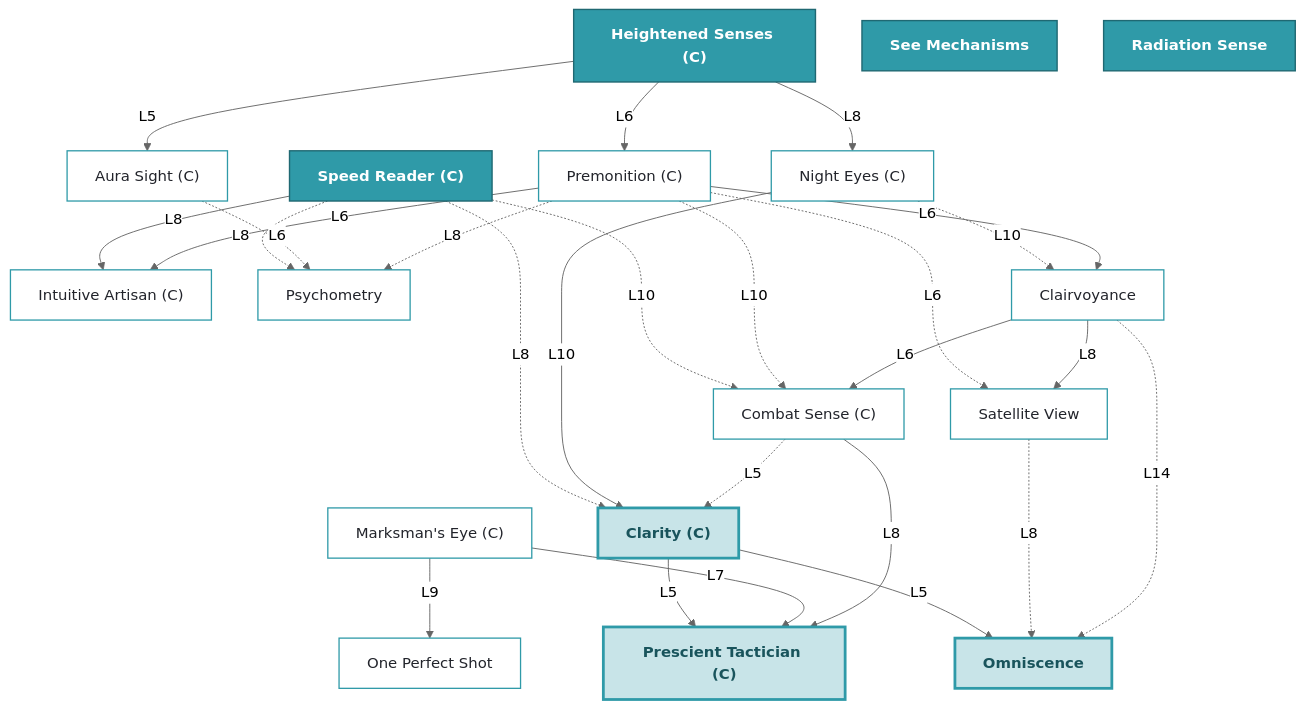
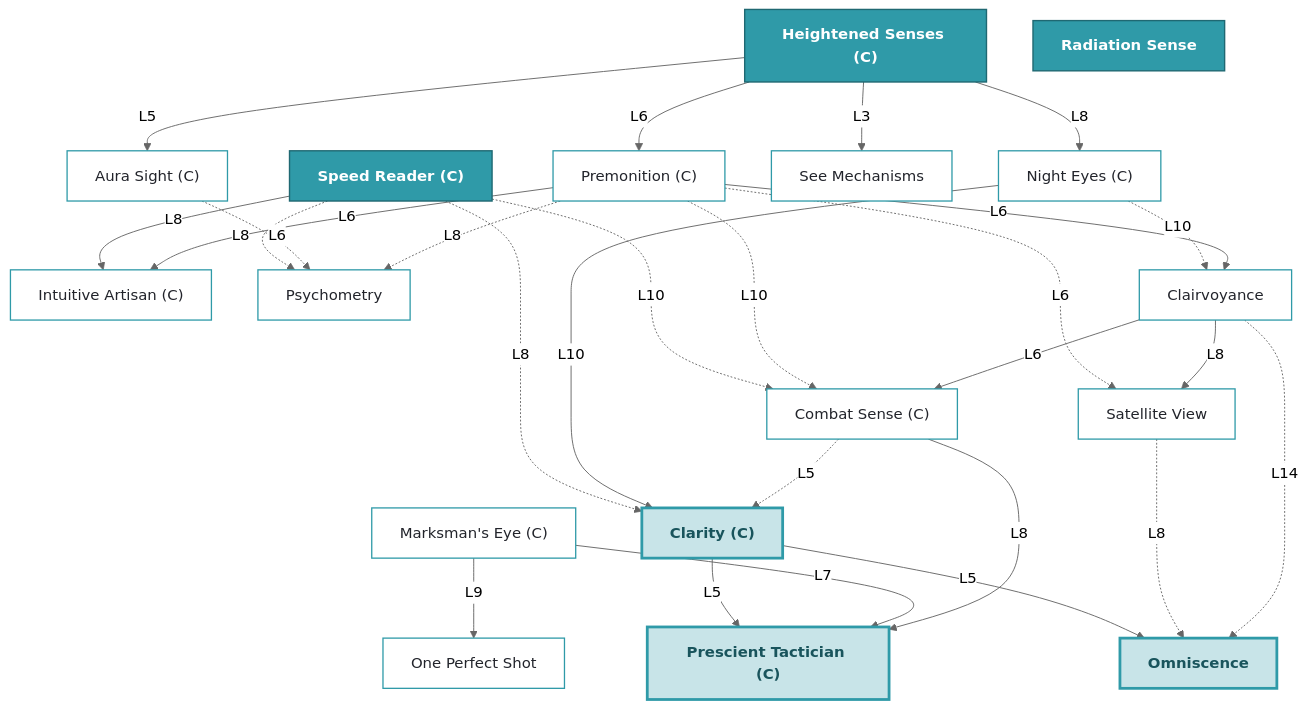
The sixth of 8 diagrams in mindovermatter_bn/PSIONIC_ATLAS.md (MSCantrell/Mind-Over-Matter-for-Bright-Nights), drawn with Mermaid (neutral theme) before and after one commit. The commit also changed other lines of this file and 19 other files, not shown here.

````diff
--- a/mindovermatter_bn/PSIONIC_ATLAS.md
+++ b/mindovermatter_bn/PSIONIC_ATLAS.md
@@ -415,48 +415,49 @@
 ```mermaid
 graph TD
   n_clair_better_senses["Heightened Senses (C)"]:::start
   n_clair_clear_sight["Clarity (C)"]:::apex
   n_clair_craft_bonus["Intuitive Artisan (C)"]:::power
   n_clair_danger_sense["Premonition (C)"]:::power
   n_clair_dodge_power["Combat Sense (C)"]:::power
   n_clair_examine_item["Psychometry"]:::power
   n_clair_group_tactics["Prescient Tactician (C)"]:::apex
   n_clair_night_vision["Night Eyes (C)"]:::power
   n_clair_omniscience["Omniscence"]:::apex
   n_clair_perfect_shot["One Perfect Shot"]:::power
   n_clair_ranged_enhance["Marksman's Eye (C)"]:::power
   n_clair_see_auras["Aura Sight (C)"]:::power
   n_clair_see_map["Satellite View"]:::power
-  n_clair_see_mechanisms["See Mechanisms"]:::start
+  n_clair_see_mechanisms["See Mechanisms"]:::power
   n_clair_sense_rads["Radiation Sense"]:::start
   n_clair_speed_reading["Speed Reader (C)"]:::start
   n_clair_voyance["Clairvoyance"]:::power
   n_clair_dodge_power -.->|L5| n_clair_clear_sight
   n_clair_night_vision -->|L10| n_clair_clear_sight
   n_clair_speed_reading -.->|L8| n_clair_clear_sight
   n_clair_danger_sense -->|L6| n_clair_craft_bonus
   n_clair_speed_reading -->|L8| n_clair_craft_bonus
   n_clair_better_senses -->|L6| n_clair_danger_sense
   n_clair_voyance -->|L6| n_clair_dodge_power
   n_clair_danger_sense -.->|L10| n_clair_dodge_power
   n_clair_speed_reading -.->|L10| n_clair_dodge_power
   n_clair_danger_sense -.->|L8| n_clair_examine_item
   n_clair_see_auras -.->|L6| n_clair_examine_item
   n_clair_speed_reading -.->|L8| n_clair_examine_item
   n_clair_dodge_power -->|L8| n_clair_group_tactics
   n_clair_ranged_enhance -->|L7| n_clair_group_tactics
   n_clair_clear_sight -->|L5| n_clair_group_tactics
   n_clair_better_senses -->|L8| n_clair_night_vision
   n_clair_voyance -.->|L14| n_clair_omniscience
   n_clair_see_map -.->|L8| n_clair_omniscience
   n_clair_clear_sight -->|L5| n_clair_omniscience
   n_clair_ranged_enhance -->|L9| n_clair_perfect_shot
   n_clair_better_senses -->|L5| n_clair_see_auras
+  n_clair_better_senses -->|L3| n_clair_see_mechanisms
   n_clair_voyance -->|L8| n_clair_see_map
   n_clair_danger_sense -.->|L6| n_clair_see_map
   n_clair_danger_sense -->|L6| n_clair_voyance
   n_clair_night_vision -.->|L10| n_clair_voyance
   classDef start fill:#2f9aa8,stroke:#1f6872,color:#ffffff,stroke-width:1.5px,font-weight:600;
   classDef power fill:#ffffff,stroke:#2f9aa8,color:#22242b,stroke-width:1.4px;
   classDef apex fill:#c8e4e8,stroke:#2f9aa8,color:#19545c,stroke-width:3px,font-weight:700;
 ```
````
